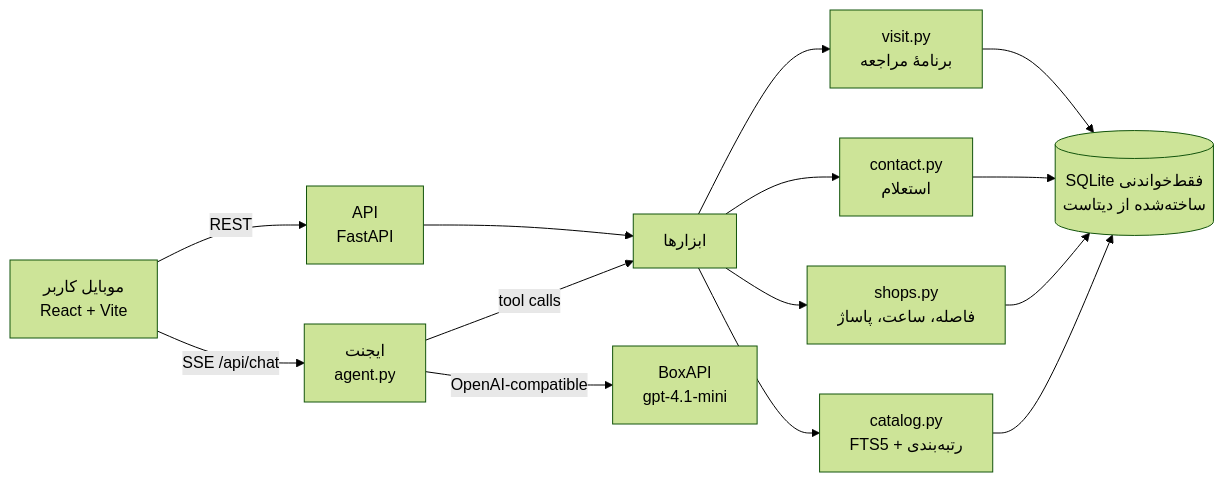
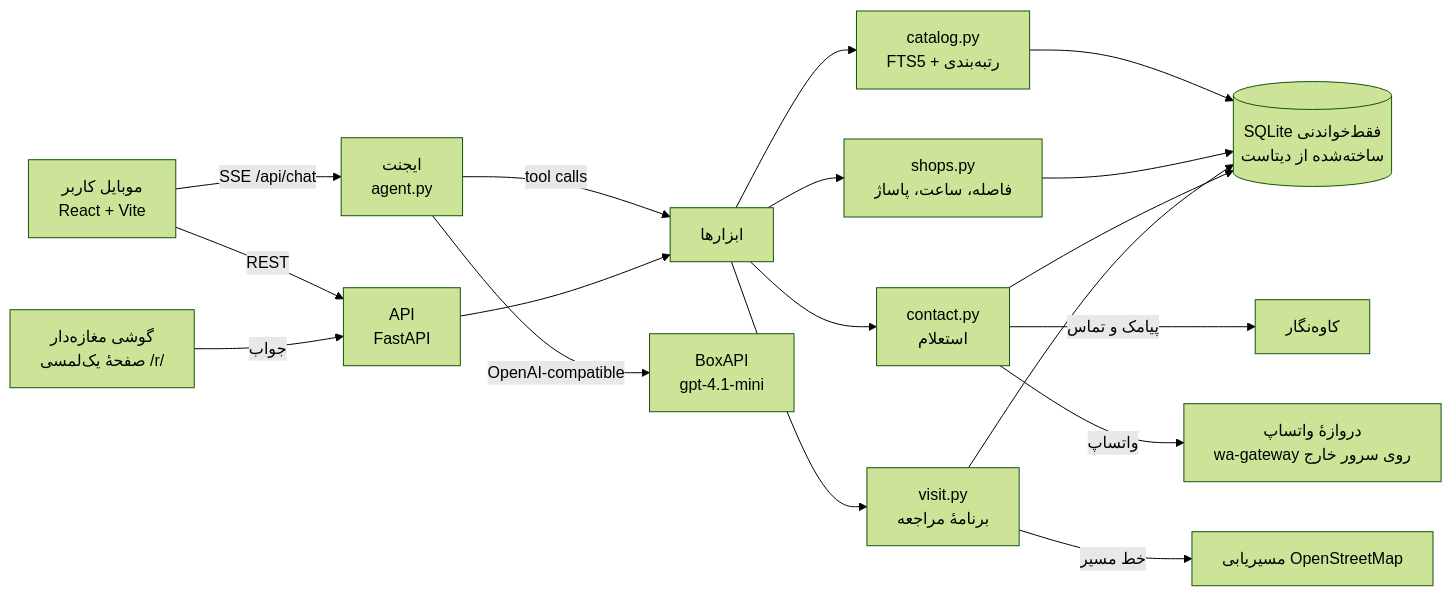
Before and after one commit to ssepehrnoush/torobche: the diagram in README.md, drawn with Mermaid (forest theme). The commit also changed other lines of this file and 1 other file, not shown here.

Commit message:
README and video script follow Torobche as it is now: the seven-step map wizard, real WhatsApp, SMS and call to a tester's own phone, reservation code, street routes; voice set aside, SMS signed with our own template

````diff
--- a/README.md
+++ b/README.md
@@ -45,13 +51,17 @@
 ```mermaid
 flowchart LR
   U[موبایل کاربر\nReact + Vite] -- SSE /api/chat --> A[ایجنت\nagent.py]
   U -- REST --> R[API\nFastAPI]
   A -- tool calls --> T[ابزارها]
   R --> T
   T --> C[catalog.py\nFTS5 + رتبه‌بندی]
   T --> S[shops.py\nفاصله، ساعت، پاساژ]
   T --> K[contact.py\nاستعلام]
   T --> V[visit.py\nبرنامهٔ مراجعه]
   C & S & K & V --> D[(SQLite فقط‌خواندنی\nساخته‌شده از دیتاست)]
   A -- OpenAI-compatible --> L[BoxAPI\ngpt-4.1-mini]
+  K -- پیامک و تماس --> KV[کاوه‌نگار]
+  K -- واتساپ --> WA[دروازهٔ واتساپ\nwa-gateway روی سرور خارج]
+  V -- خط مسیر --> OSM[مسیریابی OpenStreetMap]
+  M[گوشی مغازه‌دار\nصفحهٔ یک‌لمسی /r/] -- جواب --> R
 ```
````
